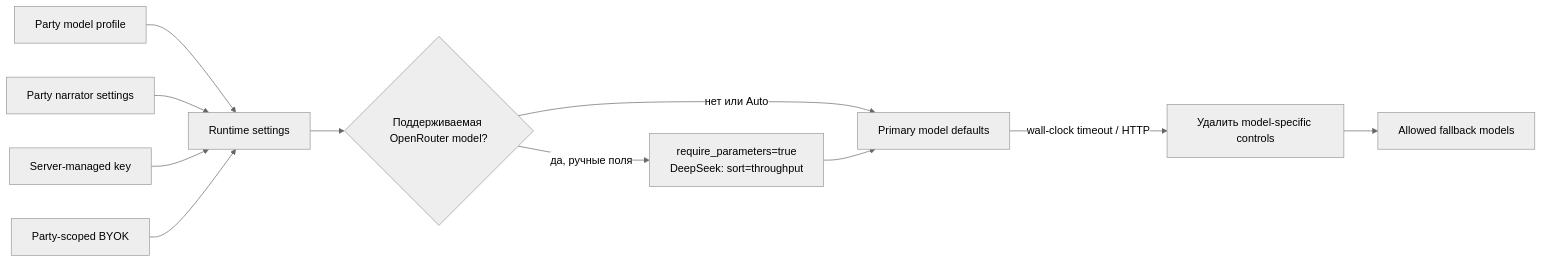
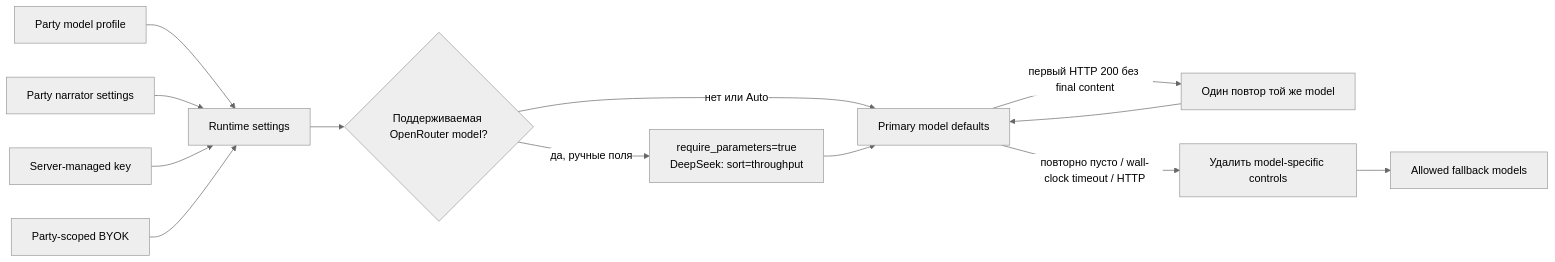
One commit to abykovwww-byte/ubuntu_ansible_palybooks changed the first of 4 diagrams in docs/wiki/06-models-and-providers.md. Above: the diagram before and after it, drawn with Mermaid (neutral theme). The commit also changed other lines of this file and 5 other files, not shown here.

````diff
--- a/docs/wiki/06-models-and-providers.md
+++ b/docs/wiki/06-models-and-providers.md
@@ -39,13 +39,15 @@
 ```mermaid
 flowchart LR
     P["Party model profile"] --> R["Runtime settings"]
     N["Party narrator settings"] --> R
     K1["Server-managed key"] --> R
     K2["Party-scoped BYOK"] --> R
     R --> D{"Поддерживаемая OpenRouter model?"}
     D -->|"да, ручные поля"| O["require_parameters=true<br/>DeepSeek: sort=throughput"]
     D -->|"нет или Auto"| A["Primary model defaults"]
     O --> A
-    A -->|"wall-clock timeout / HTTP"| X["Удалить model-specific controls"]
+    A -->|"первый HTTP 200 без final content"| E["Один повтор той же model"]
+    E --> A
+    A -->|"повторно пусто / wall-clock timeout / HTTP"| X["Удалить model-specific controls"]
     X --> F["Allowed fallback models"]
 ```
````
